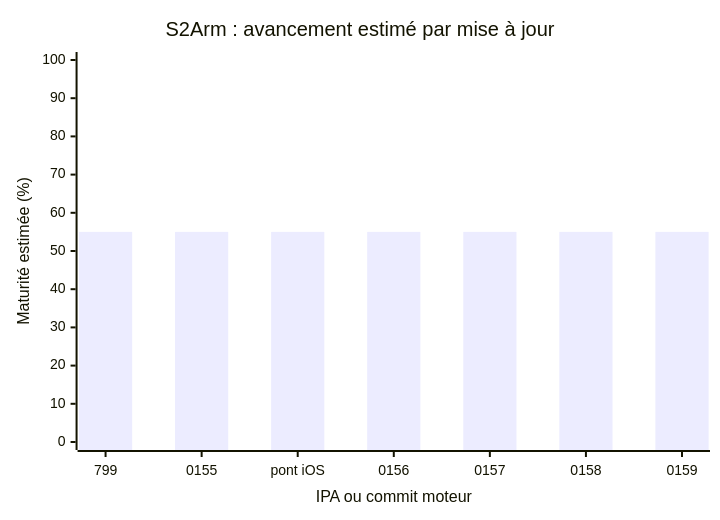
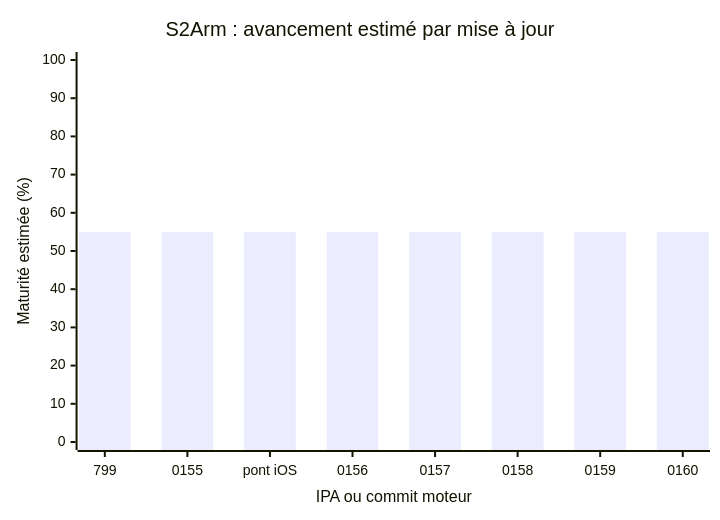
Before and after one commit to TarbleFR/RewindBox: the diagram in docs/AI_TASK_BOARD.md, drawn with Mermaid. The commit also changed other lines of this file and 2 other files, not shown here.

Commit message:
S2Arm: cut repeated shader availability checks and interleave first-upload texture page hashes [s2arm-engine]

````diff
--- a/docs/AI_TASK_BOARD.md
+++ b/docs/AI_TASK_BOARD.md
@@ -25,7 +25,7 @@
 ```mermaid
 xychart-beta
     title "S2Arm : avancement estimé par mise à jour"
-    x-axis "IPA ou commit moteur" ["799", "0155", "pont iOS", "0156", "0157", "0158", "0159"]
+    x-axis "IPA ou commit moteur" ["799", "0155", "pont iOS", "0156", "0157", "0158", "0159", "0160"]
     y-axis "Maturité estimée (%)" 0 --> 100
-    bar [55, 55, 55, 55, 55, 55, 55]
+    bar [55, 55, 55, 55, 55, 55, 55, 55]
 ```
````
